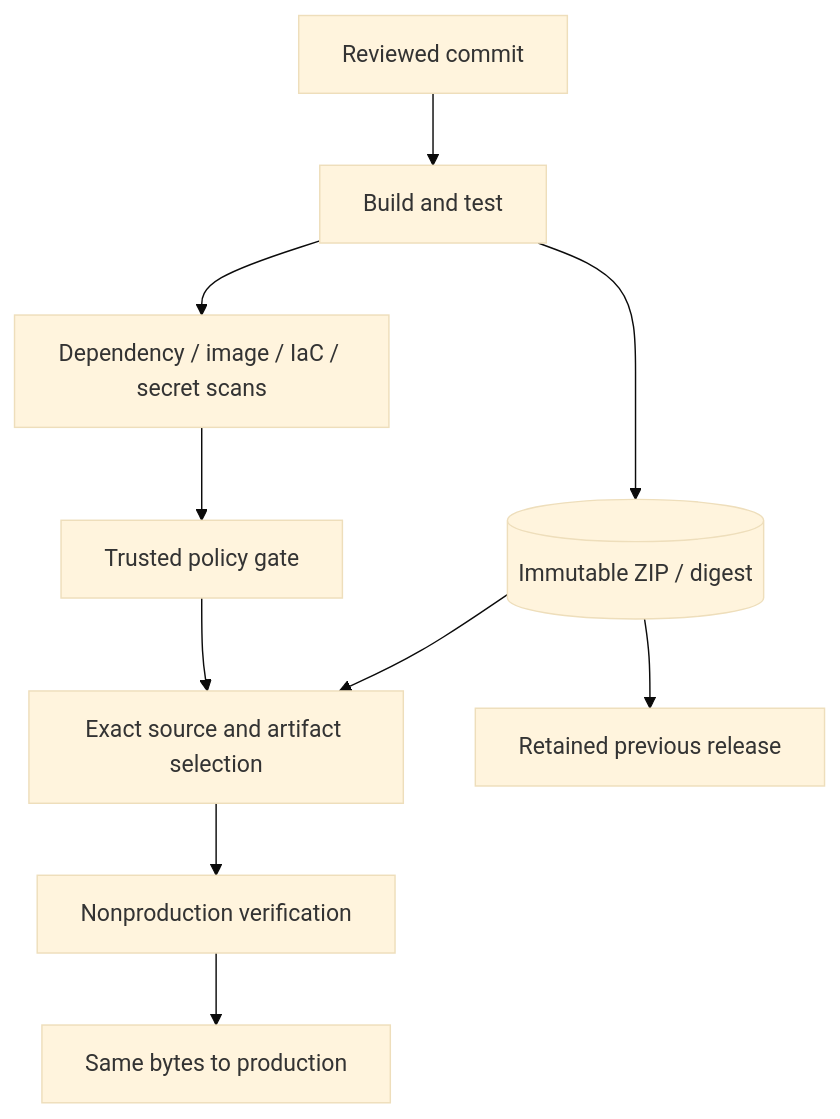
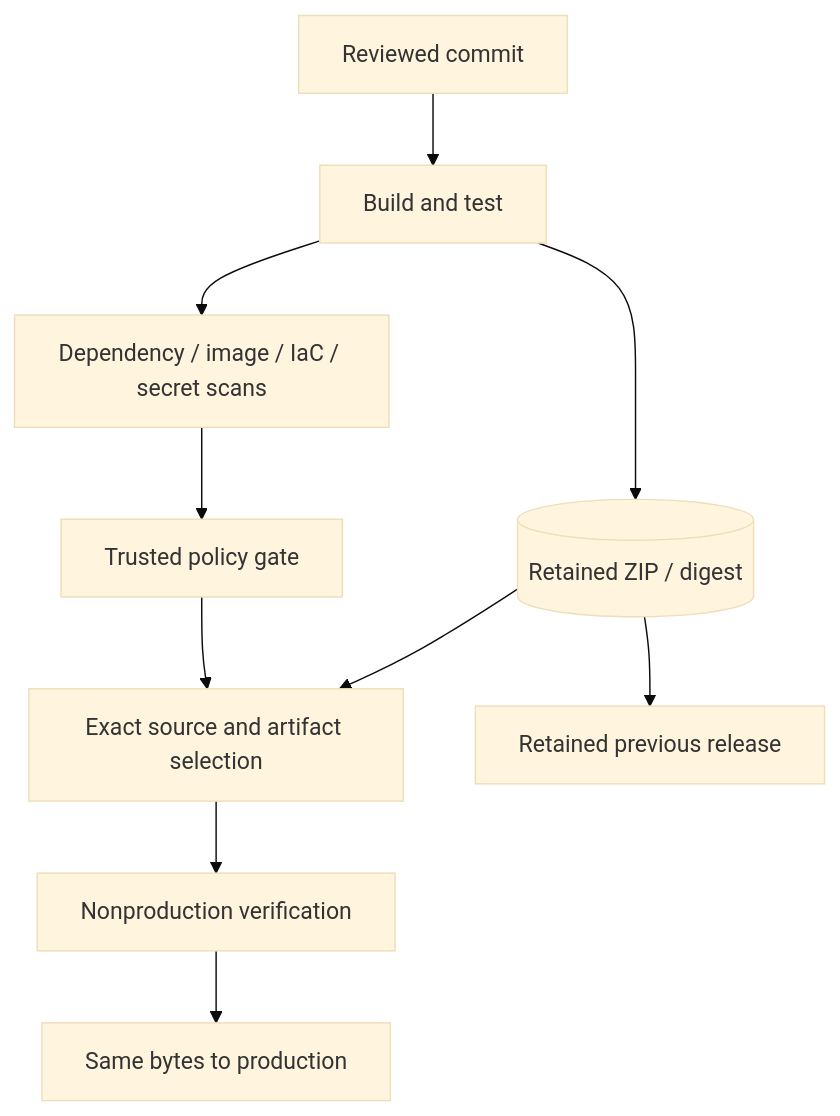
Before and after one commit to truthofsource/secure-container-delivery-and-rollback: the diagram in docs/ARCHITECTURE.md, drawn with Mermaid (base theme). The commit also changed other lines of this file and 19 other files, not shown here.

````diff
--- a/docs/ARCHITECTURE.md
+++ b/docs/ARCHITECTURE.md
@@ -14,12 +14,12 @@
 ```mermaid
 flowchart TD
   Source[Reviewed commit] --> Build[Build and test]
   Build --> Scan[Dependency / image / IaC / secret scans]
   Scan --> Gate[Trusted policy gate]
-  Build --> Archive[(Immutable ZIP / digest)]
+  Build --> Archive[(Retained ZIP / digest)]
   Gate --> Select[Exact source and artifact selection]
   Archive --> Select
   Select --> NP[Nonproduction verification]
   NP --> Prod[Same bytes to production]
   Archive --> Rollback[Retained previous release]
 ```
````
